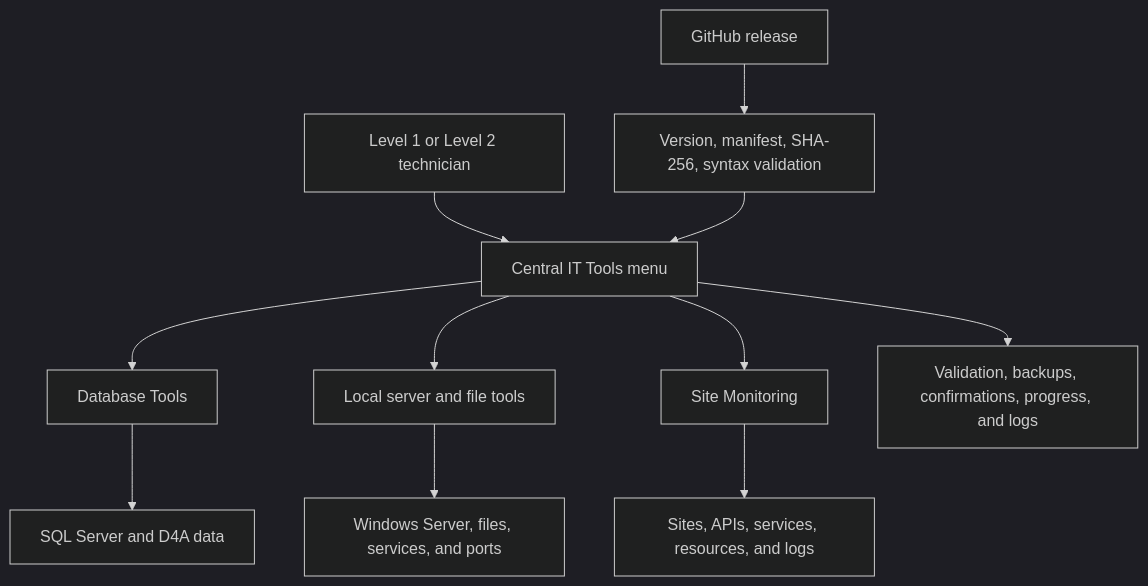
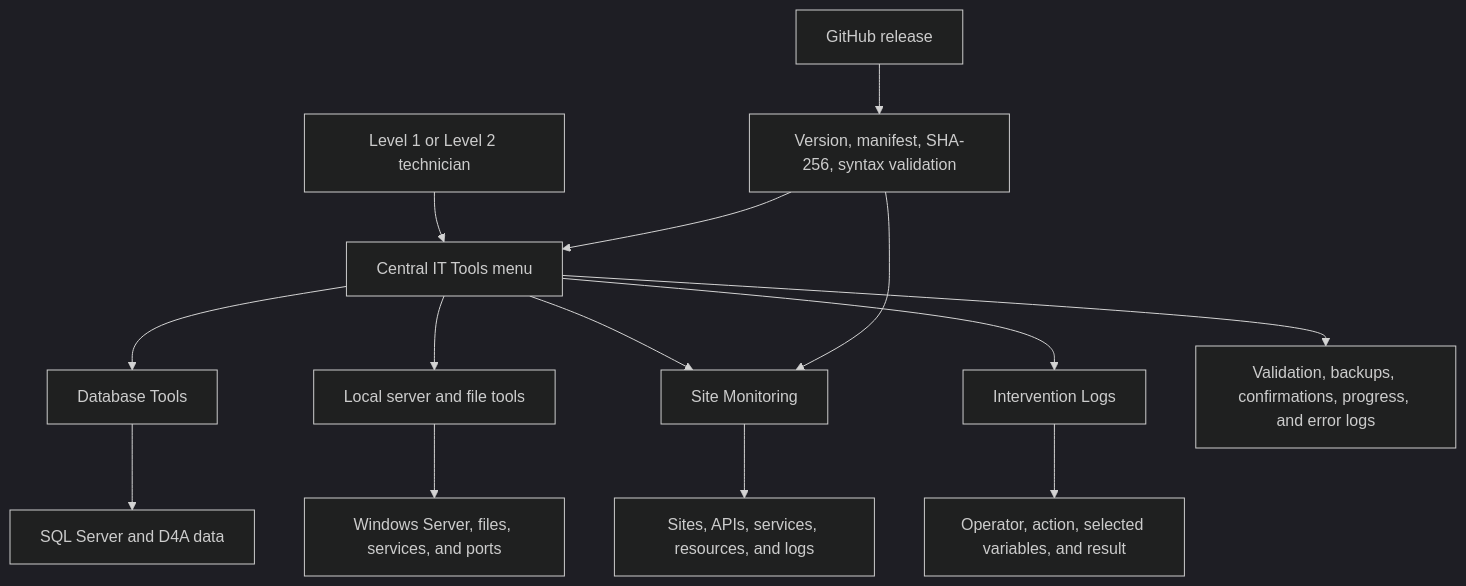
Before and after one commit to Khaled-barbar/IT_Tools_DB_Management_Server_Tools: the first of 2 diagrams in docs/01-project-overview.md, drawn with Mermaid (dark theme). The commit also changed other lines of this file and 8 other files, not shown here.

Commit message:
Add monitor auto-updates and database audit log

````diff
--- a/docs/01-project-overview.md
+++ b/docs/01-project-overview.md
@@ -94,13 +96,16 @@
 ```mermaid
 flowchart TD
     User["Level 1 or Level 2 technician"] --> Main["Central IT Tools menu"]
     Main --> DB["Database Tools"]
     Main --> Server["Local server and file tools"]
     Main --> Monitor["Site Monitoring"]
+    Main --> Logs["Intervention Logs"]
     DB --> SQL["SQL Server and D4A data"]
     Server --> Windows["Windows Server, files, services, and ports"]
     Monitor --> Checks["Sites, APIs, services, resources, and logs"]
-    Main --> Safety["Validation, backups, confirmations, progress, and logs"]
+    Main --> Safety["Validation, backups, confirmations, progress, and error logs"]
+    Logs --> Audit["Operator, action, selected variables, and result"]
     Repo["GitHub release"] --> Update["Version, manifest, SHA-256, syntax validation"]
     Update --> Main
+    Update --> Monitor
 ```
````
